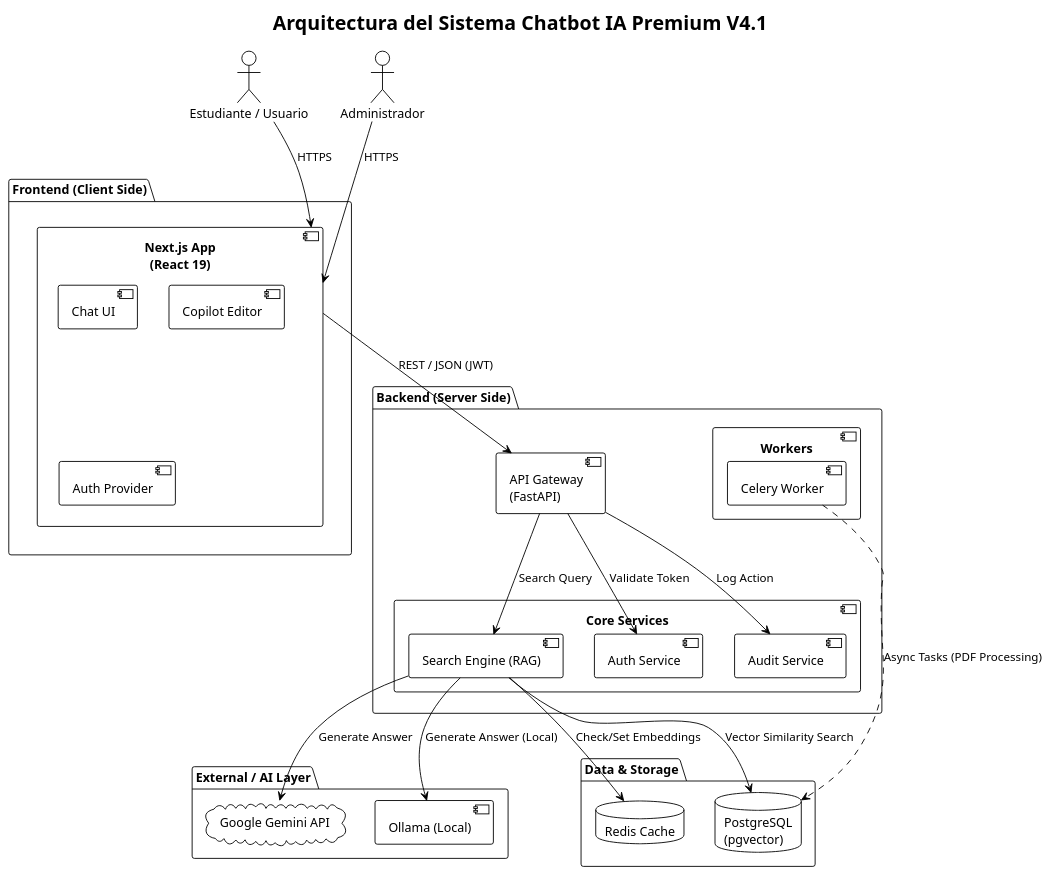
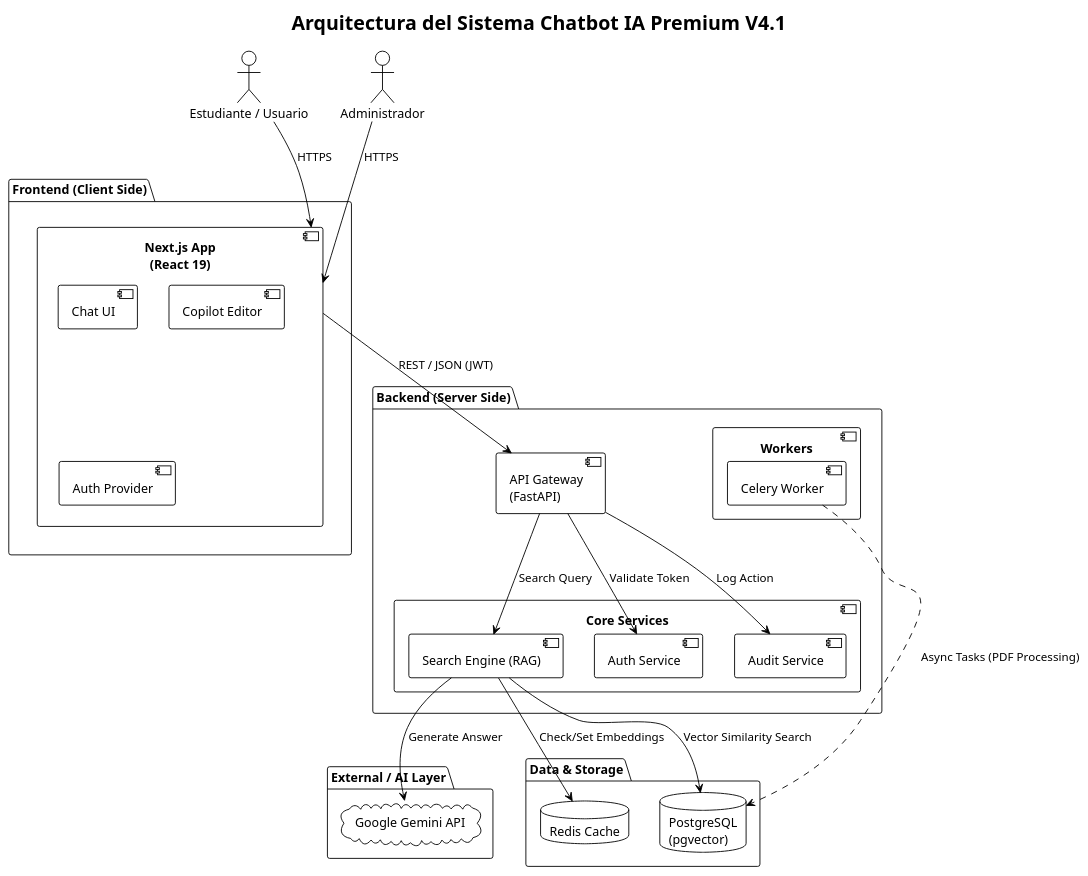
The first of 4 diagrams in docs/ARCHITECTURE.md (alexandervi1/ChatBot_IALatex), drawn with PlantUML before and after one commit. The commit also changed other lines of this file and 86 other files, not shown here.

````diff
--- a/docs/ARCHITECTURE.md
+++ b/docs/ARCHITECTURE.md
@@ -13,62 +13,61 @@
 ```plantuml
 @startuml
 !theme plain
 title Arquitectura del Sistema Chatbot IA Premium V4.1
 
 ' Estilos
 skinparam componentStyle uml2
 
 actor "Estudiante / Usuario" as User
 actor "Administrador" as Admin
 
 package "Frontend (Client Side)" {
     component "Next.js App\n(React 19)" as Frontend {
         [Chat UI]
         [Copilot Editor]
         [Auth Provider]
     }
 }
 
 package "Backend (Server Side)" {
     component "API Gateway\n(FastAPI)" as API
     
     component "Core Services" {
         [Search Engine (RAG)] as Search
         [Auth Service] as AuthService
         [Audit Service] as Audit
     }
     
     component "Workers" {
         [Celery Worker] as Worker
     }
 }
 
 package "Data & Storage" {
     database "PostgreSQL\n(pgvector)" as DB
     database "Redis Cache" as Cache
 }
 
 package "External / AI Layer" {
     cloud "Google Gemini API" as Gemini
-    component "Ollama (Local)" as Ollama
 }
 
 ' Relaciones
 User --> Frontend : HTTPS
 Admin --> Frontend : HTTPS
 
 Frontend --> API : REST / JSON (JWT)
 
 API --> AuthService : Validate Token
 API --> Search : Search Query
 API --> Audit : Log Action
 
 Search --> DB : Vector Similarity Search
 Search --> Cache : Check/Set Embeddings
 Search --> Gemini : Generate Answer
-Search --> Ollama : Generate Answer (Local)
+
 
 Worker ..> DB : Async Tasks (PDF Processing)
 
 @enduml
 ```
````
